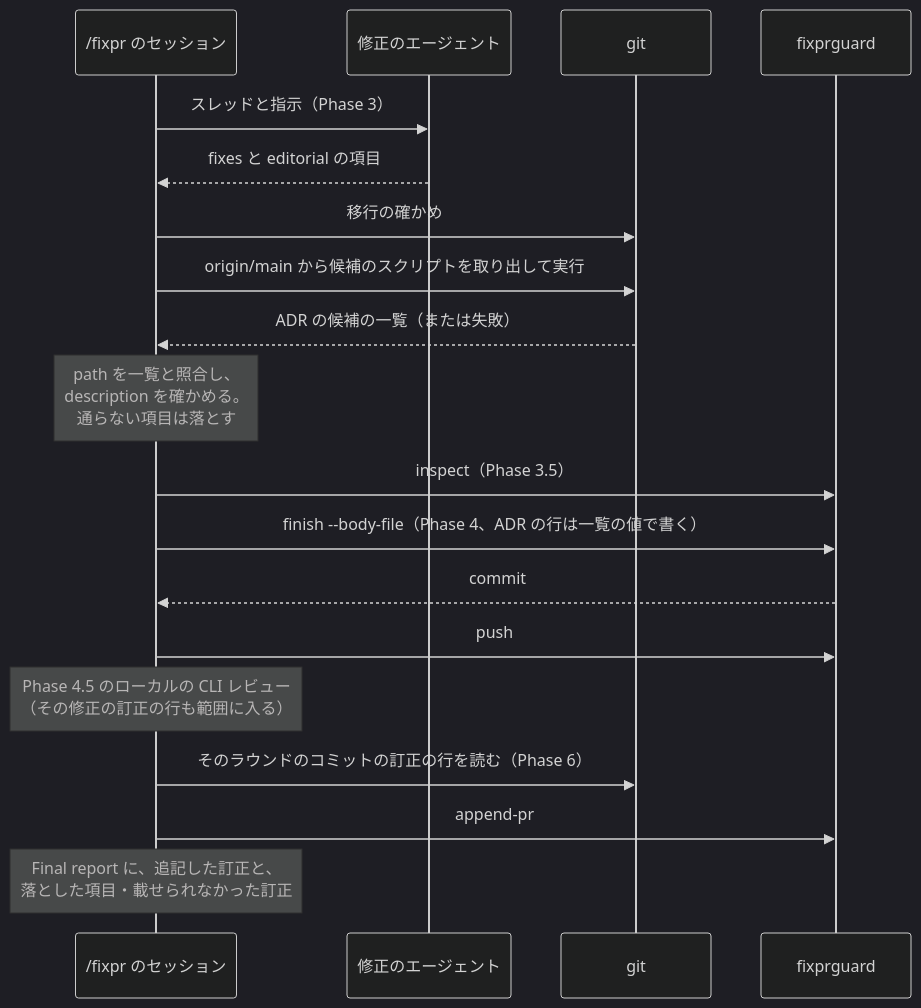
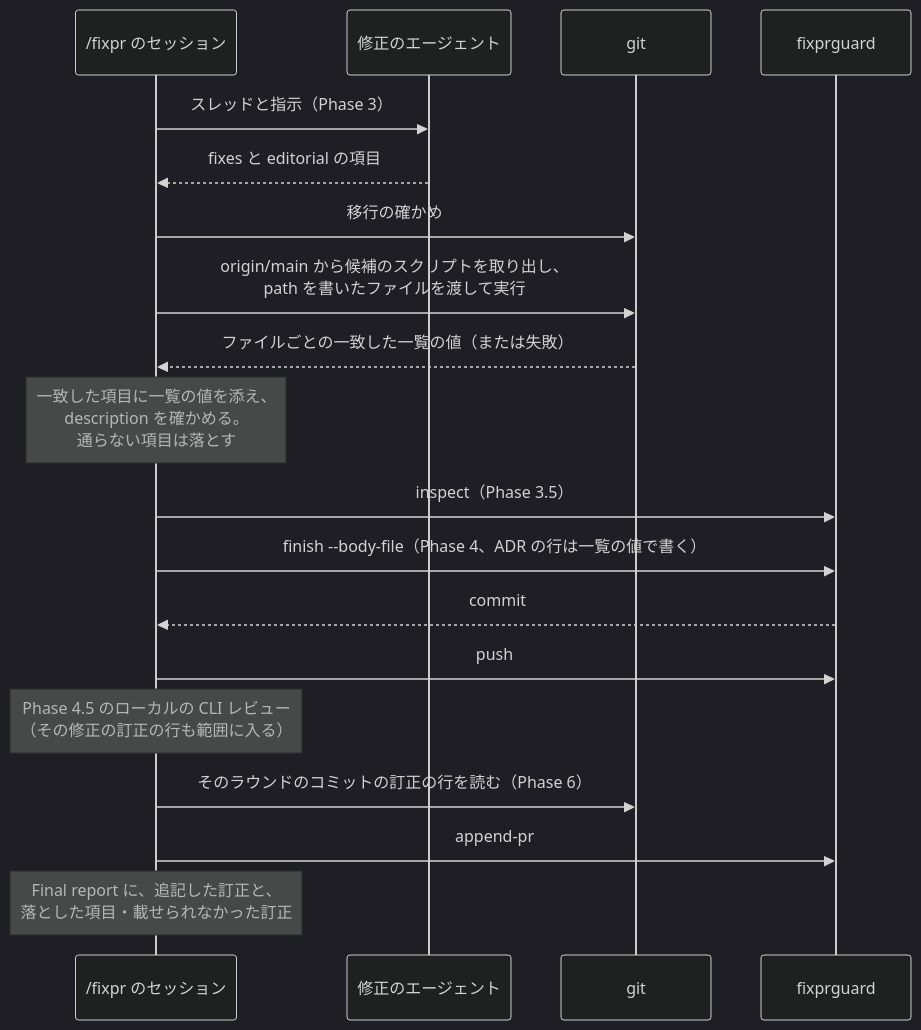
The fourth of 5 diagrams in docs/tasks/0074_adr_editorial_correction/02_architecture.md (isseis/yt2column), drawn with Mermaid (dark theme) before and after one commit. The commit also changed other lines of this file, not shown here.

First line of the commit message:
docs(0074): compare ADR item paths in the candidate script

````diff
--- a/docs/tasks/0074_adr_editorial_correction/02_architecture.md
+++ b/docs/tasks/0074_adr_editorial_correction/02_architecture.md
@@ -577,22 +579,22 @@
 ```mermaid
 sequenceDiagram
     participant S as /fixpr のセッション
     participant A as 修正のエージェント
     participant G as git
     participant T as fixprguard
 
     S->>A: スレッドと指示（Phase 3）
     A-->>S: fixes と editorial の項目
     S->>G: 移行の確かめ
-    S->>G: origin/main から候補のスクリプトを取り出して実行
-    G-->>S: ADR の候補の一覧（または失敗）
-    Note over S: path を一覧と照合し、<br>description を確かめる。<br>通らない項目は落とす
+    S->>G: origin/main から候補のスクリプトを取り出し、<br>path を書いたファイルを渡して実行
+    G-->>S: ファイルごとの一致した一覧の値（または失敗）
+    Note over S: 一致した項目に一覧の値を添え、<br>description を確かめる。<br>通らない項目は落とす
     S->>T: inspect（Phase 3.5）
     S->>T: finish --body-file（Phase 4、ADR の行は一覧の値で書く）
     T-->>S: commit
     S->>T: push
     Note over S: Phase 4.5 のローカルの CLI レビュー<br>（その修正の訂正の行も範囲に入る）
     S->>G: そのラウンドのコミットの訂正の行を読む（Phase 6）
     S->>T: append-pr
     Note over S: Final report に、追記した訂正と、<br>落とした項目・載せられなかった訂正
 ```
````
